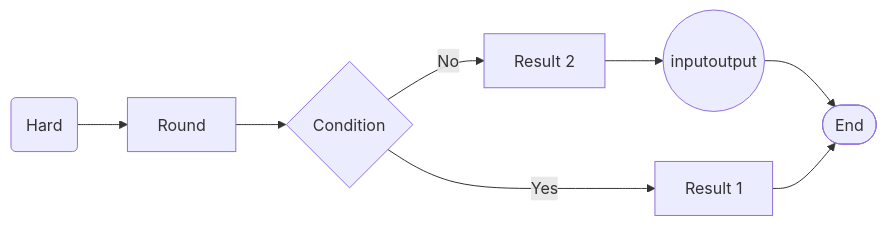
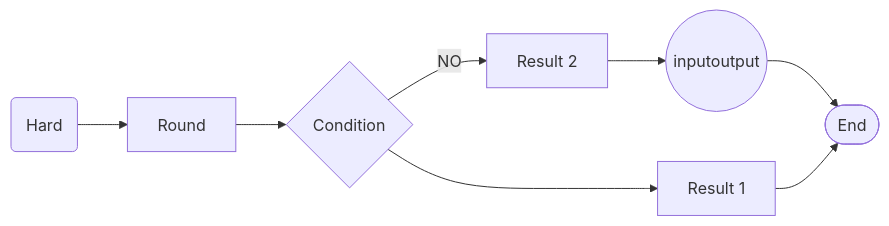
Before and after one commit to comedyy/UnityFlowMd: the diagram in Assets/Mermaid.md, drawn with Mermaid. The commit also changed 13 other files, not shown here.

````diff
--- a/Assets/Mermaid.md
+++ b/Assets/Mermaid.md
@@ -1,14 +1,14 @@
 ```mermaid
 flowchart LR
 A(Hard)
 B[Round]
 C{Condition}
 H((inputoutput))
 D[Result 1]
 E[Result 2]
 G([End])
 
-A --> B --> C -->|Yes| D
-C -->|No| E-->H-->G
+A --> B --> C --> D
+C -->|NO| E-->H-->G
 D -->G
 ```
````
